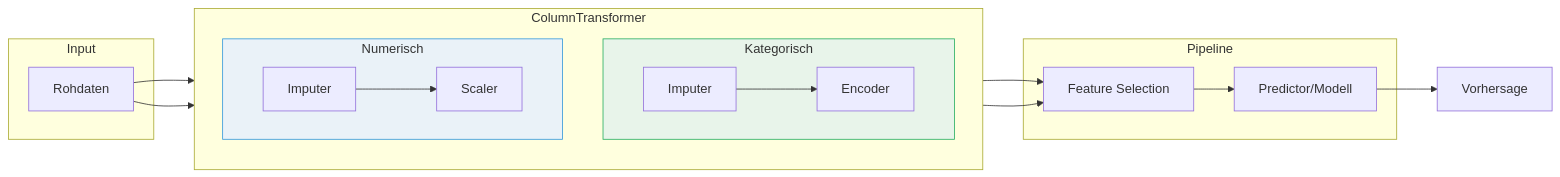
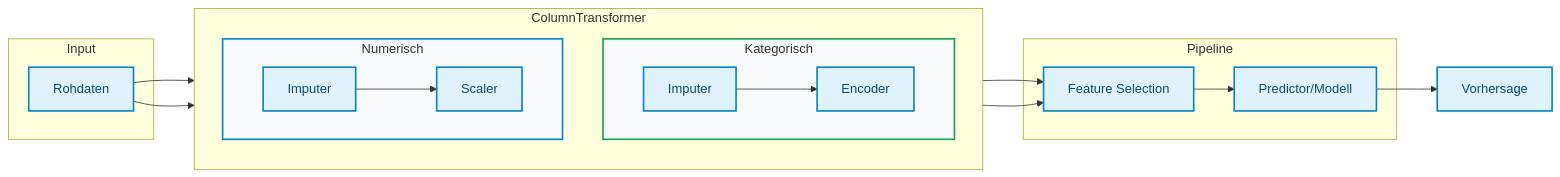
One commit to ralf-42/ML_Intro changed the second of 2 diagrams in docs/concepts/grundlagen/workflow-design.md. Above: the diagram before and after it, drawn with Mermaid. The commit also changed other lines of this file and 67 other files, not shown here.

````diff
--- a/docs/concepts/grundlagen/workflow-design.md
+++ b/docs/concepts/grundlagen/workflow-design.md
@@ -197,29 +199,30 @@
 ```mermaid
 flowchart LR
     subgraph Input
         D[Rohdaten]
     end
     
     subgraph ColumnTransformer
         direction TB
         subgraph cat[Kategorisch]
             I1[Imputer] --> E[Encoder]
         end
         subgraph num[Numerisch]
             I2[Imputer] --> S[Scaler]
         end
     end
     
     subgraph Pipeline
         FS[Feature Selection] --> M[Predictor/Modell]
     end
     
     D --> cat
     D --> num
     cat --> FS
     num --> FS
     M --> P[Vorhersage]
-    
-    style cat fill:#e8f4ea,stroke:#27ae60
-    style num fill:#eaf2f8,stroke:#3498db
+
+    classDef default fill:#e0f2fe,stroke:#0284c7,stroke-width:2px,color:#0c4a6e;
+    style cat fill:#f8fafc,stroke:#16a34a,stroke-width:2px
+    style num fill:#f8fafc,stroke:#0284c7,stroke-width:2px
 ```
````
